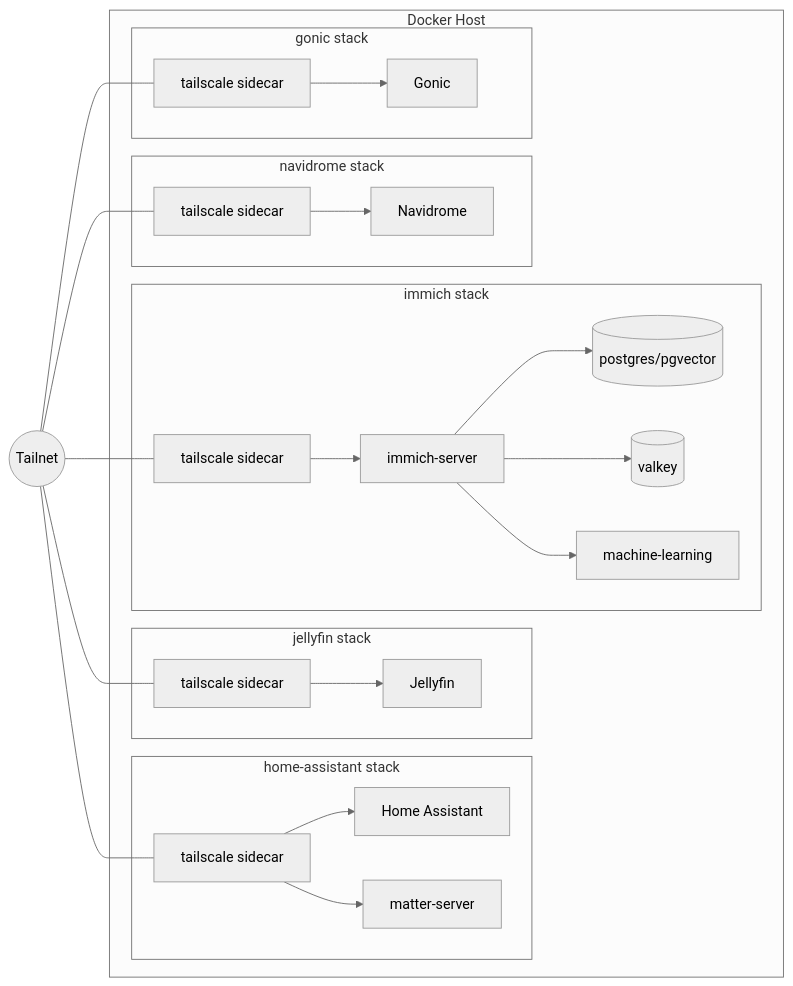
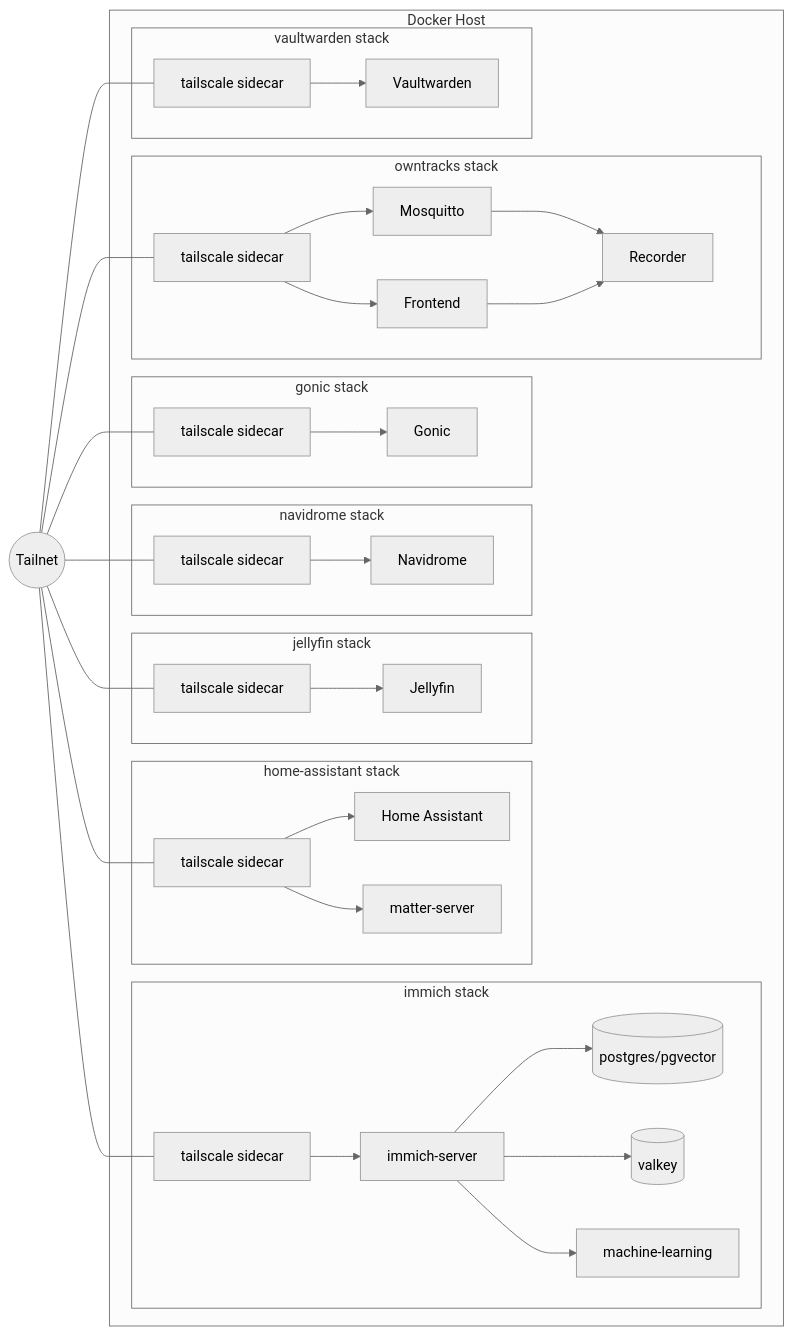
Before and after one commit to kbario/homelab: the diagram in README.md, drawn with Mermaid (neutral theme). The commit also changed other lines of this file and 15 other files, not shown here.

````diff
--- a/README.md
+++ b/README.md
@@ -9,29 +9,40 @@
 ```mermaid
 flowchart LR
   subgraph host [Docker Host]
     subgraph ha [home-assistant stack]
       tsHA[tailscale sidecar] --> HA[Home Assistant]
       tsHA --> Matter[matter-server]
     end
     subgraph jf [jellyfin stack]
       tsJF[tailscale sidecar] --> JF[Jellyfin]
     end
     subgraph im [immich stack]
       tsIM[tailscale sidecar] --> IMS[immich-server]
       IMS --> DB[(postgres/pgvector)]
       IMS --> Redis[(valkey)]
       IMS --> ML[machine-learning]
     end
     subgraph nd [navidrome stack]
       tsND[tailscale sidecar] --> ND[Navidrome]
     end
     subgraph go [gonic stack]
       tsGO[tailscale sidecar] --> GO[Gonic]
     end
+    subgraph ot [owntracks stack]
+      tsOT[tailscale sidecar] --> MQTT[Mosquitto]
+      tsOT --> FE[Frontend]
+      MQTT --> REC[Recorder]
+      FE --> REC
+    end
+    subgraph vw [vaultwarden stack]
+      tsVW[tailscale sidecar] --> VW[Vaultwarden]
+    end
   end
   Tailnet((Tailnet)) --- tsHA
   Tailnet --- tsJF
   Tailnet --- tsIM
   Tailnet --- tsND
   Tailnet --- tsGO
+  Tailnet --- tsOT
+  Tailnet --- tsVW
 ```
````
